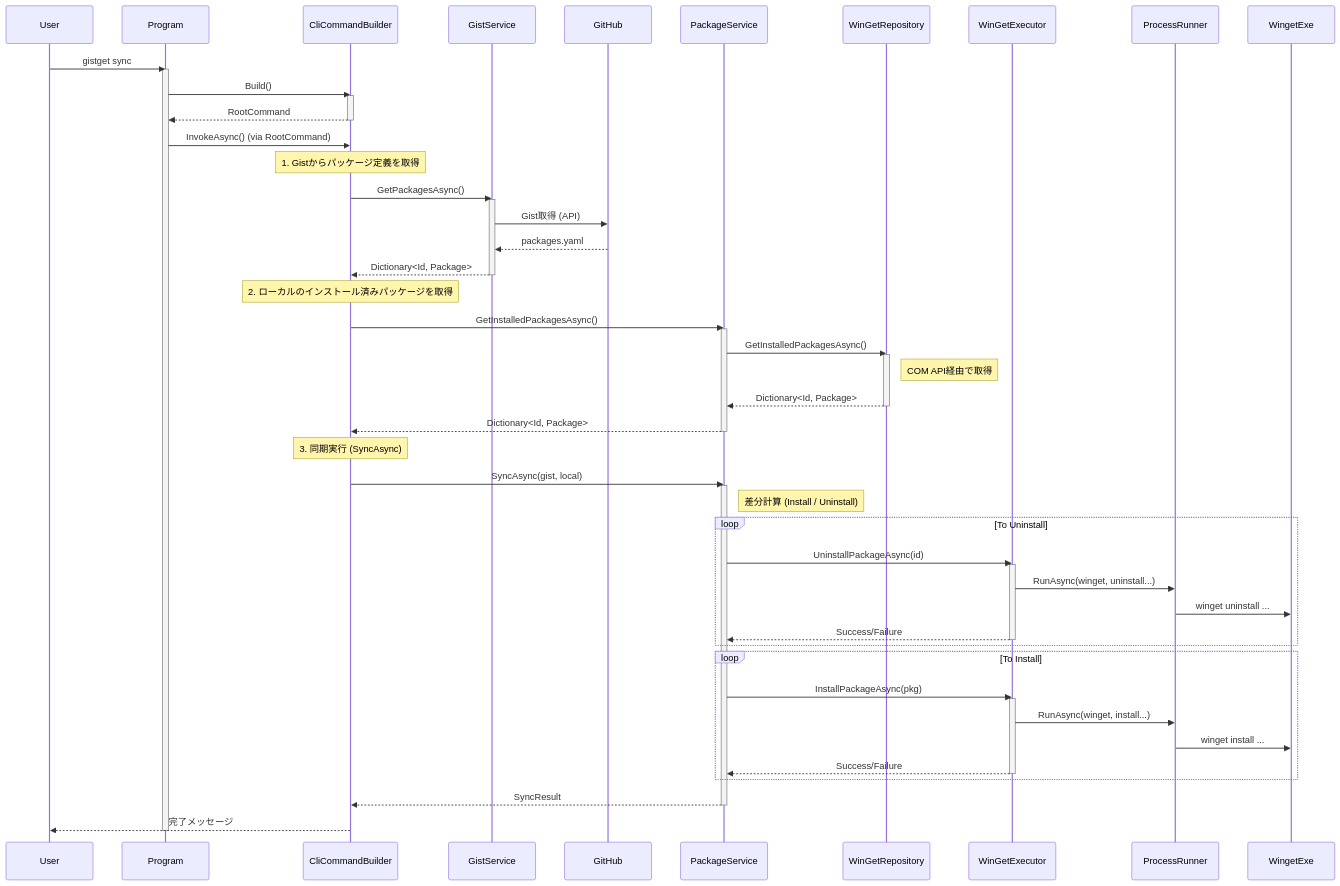
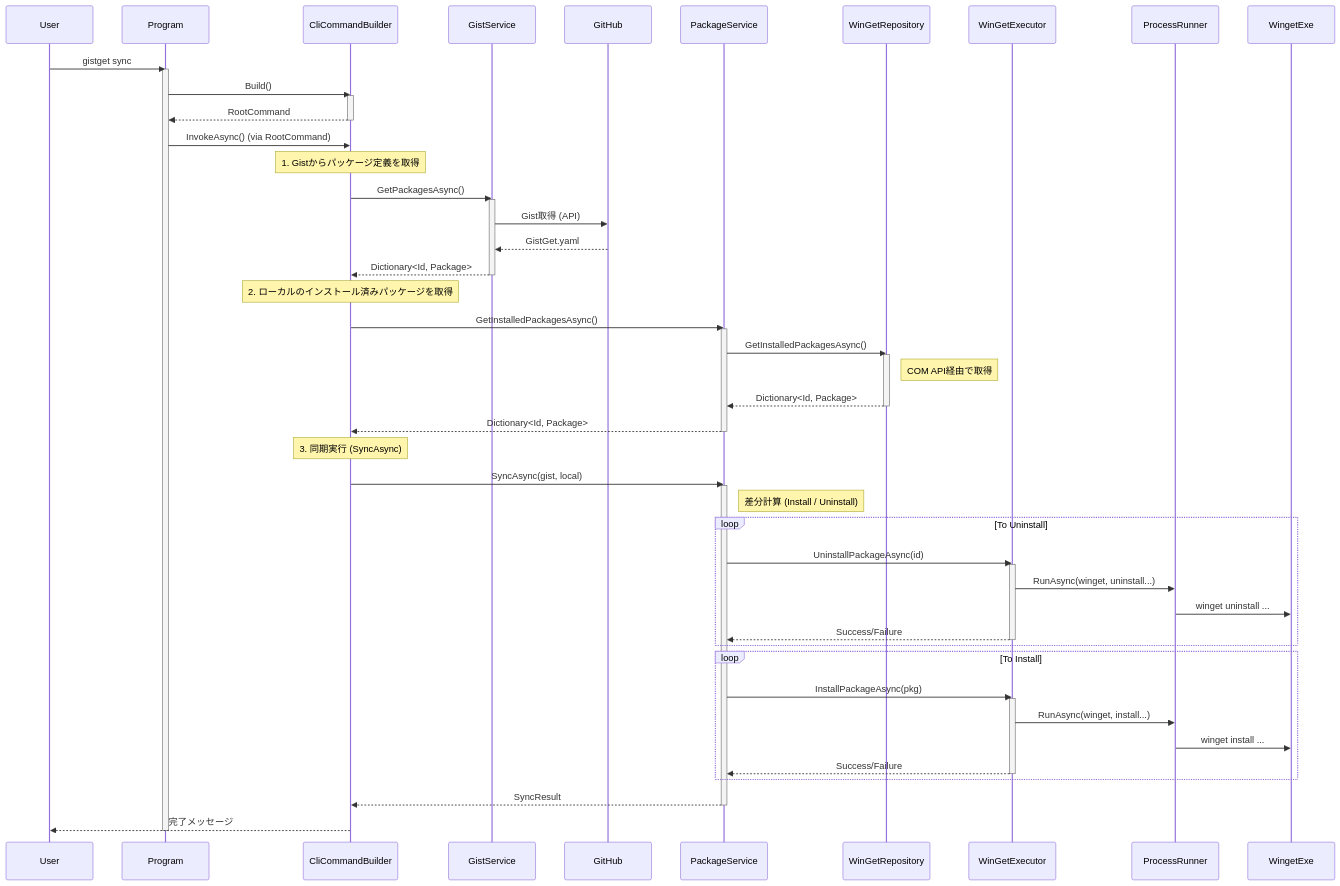
The second of 3 diagrams in docs/DESIGN.ja.md (nuitsjp/GistGet), drawn with Mermaid before and after one commit. The commit also changed other lines of this file and 3 other files, not shown here.

````diff
--- a/docs/DESIGN.ja.md
+++ b/docs/DESIGN.ja.md
@@ -115,70 +115,70 @@
 ```mermaid
 sequenceDiagram
     participant User
     participant Program
     participant CliCommandBuilder
     participant GistService
     participant GitHub
     participant PackageService
     participant WinGetRepository
     participant WinGetExecutor
     participant ProcessRunner
     participant WingetExe
 
     User->>Program: gistget sync
     activate Program
     Program->>CliCommandBuilder: Build()
     activate CliCommandBuilder
     CliCommandBuilder-->>Program: RootCommand
     deactivate CliCommandBuilder
     Program->>CliCommandBuilder: InvokeAsync() (via RootCommand)
     
     Note over CliCommandBuilder: 1. Gistからパッケージ定義を取得
     CliCommandBuilder->>GistService: GetPackagesAsync()
     activate GistService
     GistService->>GitHub: Gist取得 (API)
-    GitHub-->>GistService: packages.yaml
+    GitHub-->>GistService: GistGet.yaml
     GistService-->>CliCommandBuilder: Dictionary<Id, Package>
     deactivate GistService
 
     Note over CliCommandBuilder: 2. ローカルのインストール済みパッケージを取得
     CliCommandBuilder->>PackageService: GetInstalledPackagesAsync()
     activate PackageService
     PackageService->>WinGetRepository: GetInstalledPackagesAsync()
     activate WinGetRepository
     Note right of WinGetRepository: COM API経由で取得
     WinGetRepository-->>PackageService: Dictionary<Id, Package>
     deactivate WinGetRepository
     PackageService-->>CliCommandBuilder: Dictionary<Id, Package>
     deactivate PackageService
 
     Note over CliCommandBuilder: 3. 同期実行 (SyncAsync)
     CliCommandBuilder->>PackageService: SyncAsync(gist, local)
     activate PackageService
     
     Note right of PackageService: 差分計算 (Install / Uninstall)
 
     loop To Uninstall
         PackageService->>WinGetExecutor: UninstallPackageAsync(id)
         activate WinGetExecutor
         WinGetExecutor->>ProcessRunner: RunAsync(winget, uninstall...)
         ProcessRunner->>WingetExe: winget uninstall ...
         WinGetExecutor-->>PackageService: Success/Failure
         deactivate WinGetExecutor
     end
 
     loop To Install
         PackageService->>WinGetExecutor: InstallPackageAsync(pkg)
         activate WinGetExecutor
         WinGetExecutor->>ProcessRunner: RunAsync(winget, install...)
         ProcessRunner->>WingetExe: winget install ...
         WinGetExecutor-->>PackageService: Success/Failure
         deactivate WinGetExecutor
     end
 
     PackageService-->>CliCommandBuilder: SyncResult
     deactivate PackageService
 
     CliCommandBuilder-->>User: 完了メッセージ
     deactivate Program
 ```
````
